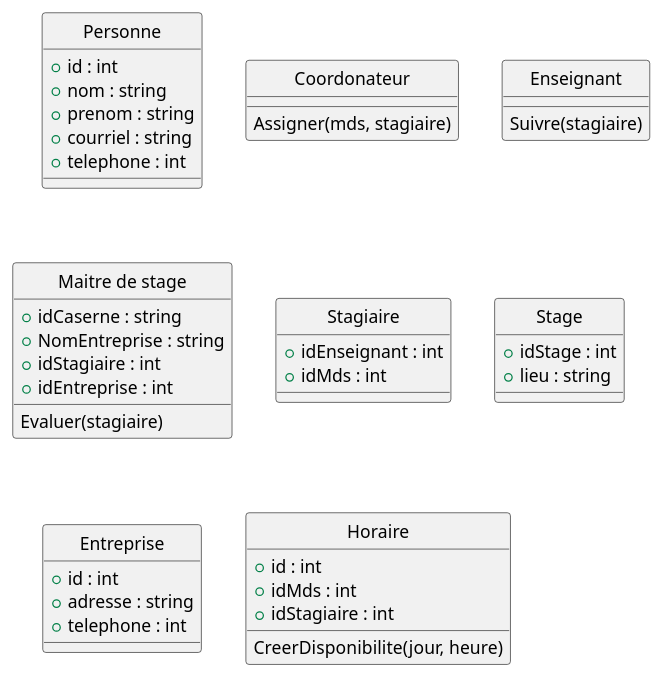
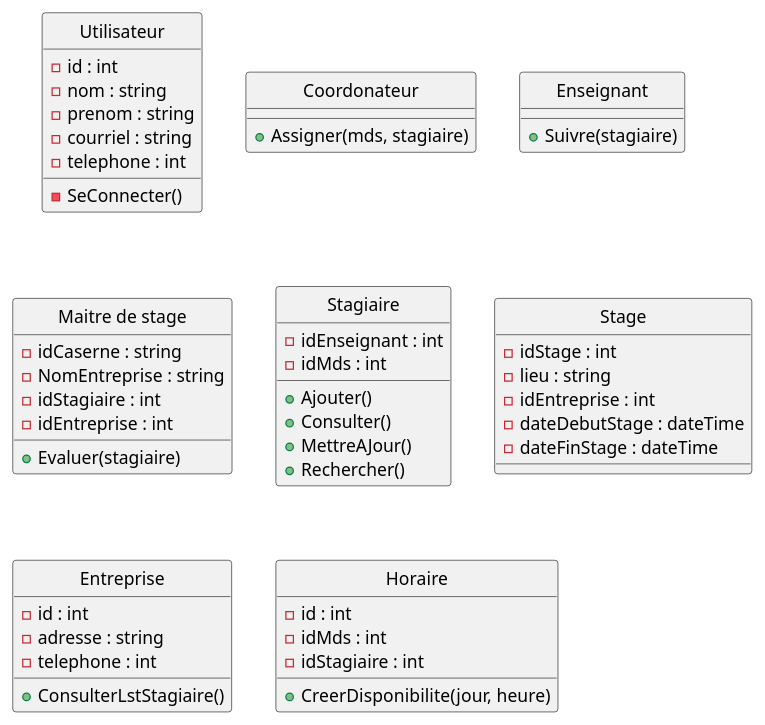
One commit to thatscringebro/SPU changed the diagram in Analyse/diagrammeClasse.md. Above: the diagram before and after it, drawn with PlantUML.

Commit message:
suite tableau analyse

````diff
--- a/Analyse/diagrammeClasse.md
+++ b/Analyse/diagrammeClasse.md
@@ -4,56 +4,68 @@
 ```plantuml
 
 hide circle
 
 
-class "Personne" AS ps {
-    + id : int 
-    + nom : string
-    + prenom : string
-    + courriel : string 
-    + telephone : int
+class "Utilisateur" AS User {
+    - id : int 
+    - nom : string
+    - prenom : string
+    - courriel : string 
+    - telephone : int
+    - SeConnecter()
+
 }
 
 class "Coordonateur" AS co {
-    Assigner(mds, stagiaire)
+    + Assigner(mds, stagiaire)
 }
 
 class "Enseignant" AS ens {
-    Suivre(stagiaire)
+    + Suivre(stagiaire)
 }
 
 class "Maitre de stage" AS Mds {
-    Evaluer(stagiaire)
-    + idCaserne : string
-    + NomEntreprise : string
-    + idStagiaire : int
-    + idEntreprise : int
+    + Evaluer(stagiaire)
+    - idCaserne : string
+    - NomEntreprise : string
+    - idStagiaire : int
+    - idEntreprise : int
 }
 
 class "Stagiaire" AS st{
-    + idEnseignant : int
-    + idMds : int
+    - idEnseignant : int
+    - idMds : int
+
+    + Ajouter()
+    + Consulter()
+    + MettreAJour()
+    + Rechercher()
 }
 
 class Stage {
-    + idStage : int
-    + lieu : string
+    - idStage : int
+    - lieu : string
+    - idEntreprise : int
+    - dateDebutStage : dateTime
+    - dateFinStage : dateTime
 }
 
 class "Entreprise" AS ent {
-    + id : int
-    + adresse : string
-    + telephone : int
+    - id : int
+    - adresse : string
+    - telephone : int
+
+    + ConsulterLstStagiaire()
 }
 
 class Horaire {
-    + id : int
-    + idMds : int
-    + idStagiaire : int
-    CreerDisponibilite(jour, heure)
+    - id : int
+    - idMds : int
+    - idStagiaire : int
+    + CreerDisponibilite(jour, heure)
 }
 
 
 
 
 ```
````
